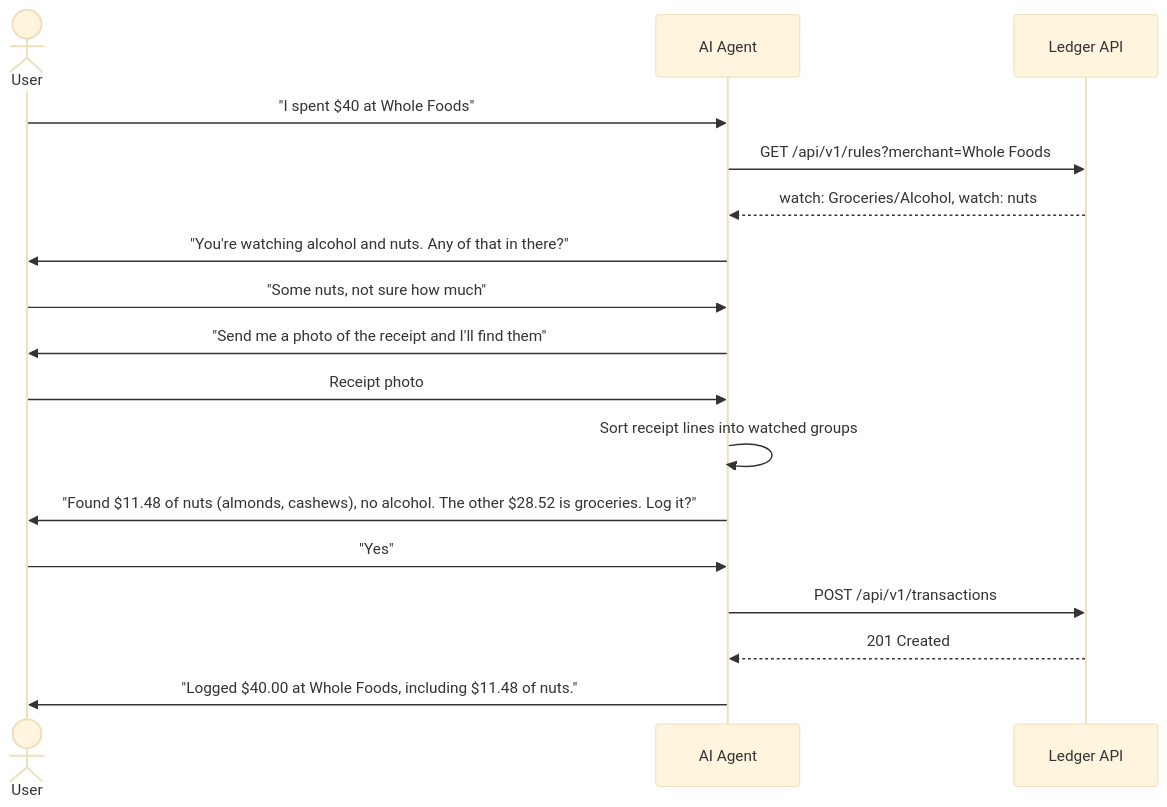
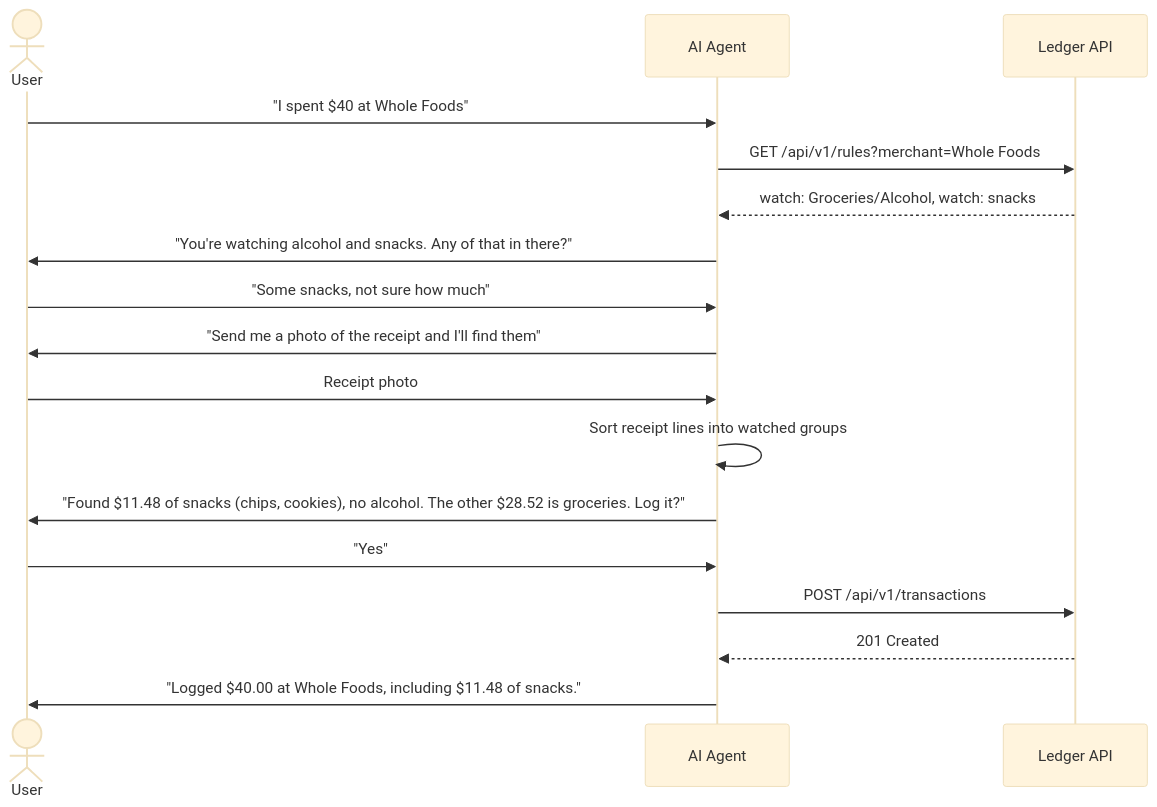
The second of 3 diagrams in docs/VISION.md (np25071984/kept), drawn with Mermaid (base theme) before and after one commit. The commit also changed other lines of this file and 17 other files, not shown here.

````diff
--- a/docs/VISION.md
+++ b/docs/VISION.md
@@ -203,20 +203,20 @@
 ```mermaid
 sequenceDiagram
     actor User
     participant AI as AI Agent
     participant API as Ledger API
 
     User->>AI: "I spent $40 at Whole Foods"
     AI->>API: GET /api/v1/rules?merchant=Whole Foods
-    API-->>AI: watch: Groceries/Alcohol, watch: nuts
-    AI->>User: "You're watching alcohol and nuts. Any of that in there?"
-    User->>AI: "Some nuts, not sure how much"
+    API-->>AI: watch: Groceries/Alcohol, watch: snacks
+    AI->>User: "You're watching alcohol and snacks. Any of that in there?"
+    User->>AI: "Some snacks, not sure how much"
     AI->>User: "Send me a photo of the receipt and I'll find them"
     User->>AI: Receipt photo
     AI->>AI: Sort receipt lines into watched groups
-    AI->>User: "Found $11.48 of nuts (almonds, cashews), no alcohol. The other $28.52 is groceries. Log it?"
+    AI->>User: "Found $11.48 of snacks (chips, cookies), no alcohol. The other $28.52 is groceries. Log it?"
     User->>AI: "Yes"
     AI->>API: POST /api/v1/transactions
     API-->>AI: 201 Created
-    AI->>User: "Logged $40.00 at Whole Foods, including $11.48 of nuts."
+    AI->>User: "Logged $40.00 at Whole Foods, including $11.48 of snacks."
 ```
````
